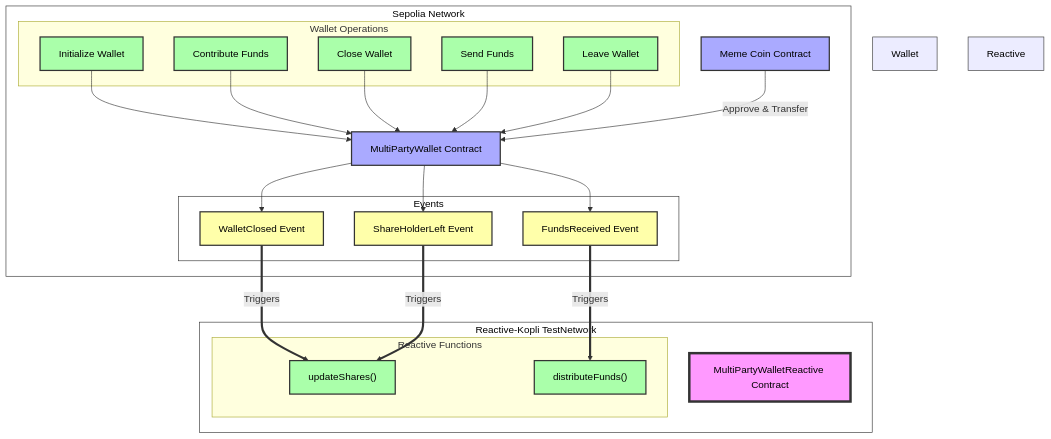
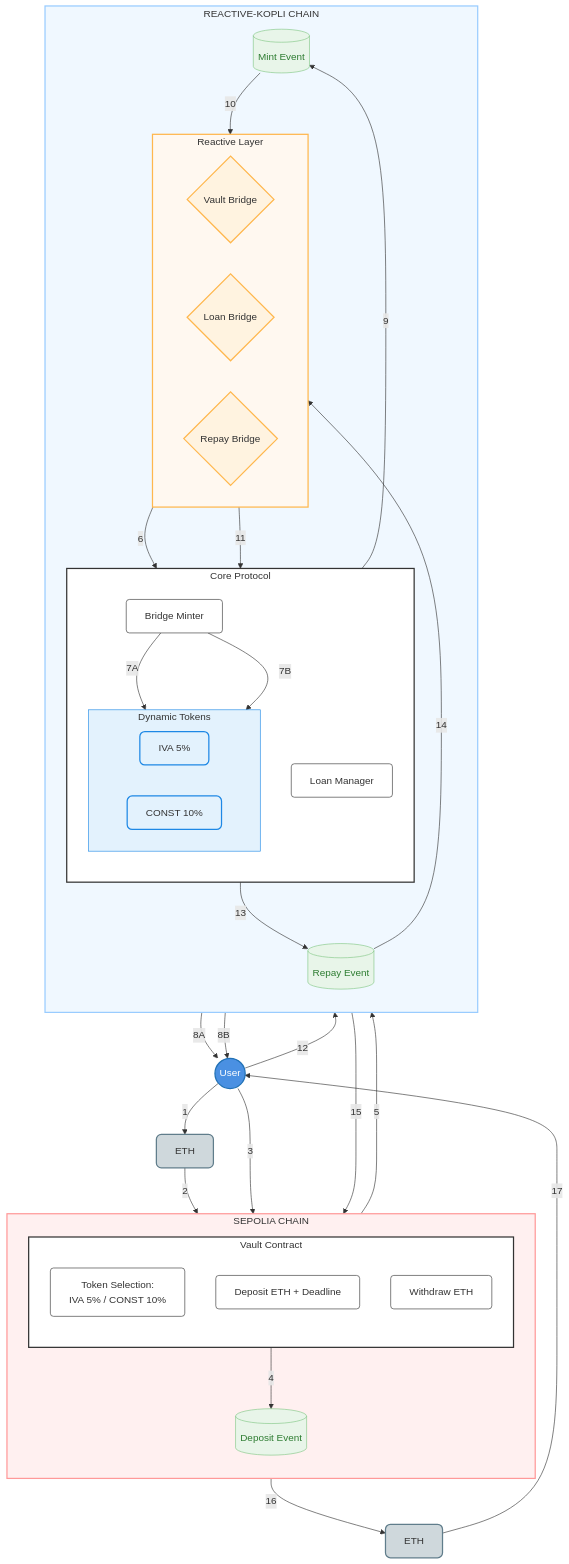
One commit to Prakhar-30/Reactive_CrossChain_Loan changed the diagram in README.md. Above: the diagram before and after it, drawn with Mermaid.

````diff
--- a/README.md
+++ b/README.md
@@ -13,64 +13,83 @@
 ```mermaid
 graph TD
-    subgraph Sepolia["Sepolia Network"]
-        MPW["MultiPartyWallet Contract"]
-        MC["Meme Coin Contract"]
-        
-        subgraph Wallet Operations
-            INIT["Initialize Wallet"]
-            CONTRIB["Contribute Funds"]
-            CLOSE["Close Wallet"]
-            SEND["Send Funds"]
-            LEAVE["Leave Wallet"]
+    %% Styling definitions
+    classDef userStyle fill:#4A90E2,stroke:#2171B5,stroke-width:2px,color:#fff,rx:20
+    classDef contractStyle fill:#fff,stroke:#333,stroke-width:1px,rx:5
+    classDef reactiveStyle fill:#FFF3E0,stroke:#FFB74D,stroke-width:2px,rx:10
+    classDef eventStyle fill:#E8F5E9,stroke:#81C784,stroke-width:1px,color:#2E7D32,rx:15
+    classDef tokenStyle fill:#E3F2FD,stroke:#1E88E5,stroke-width:2px,rx:8
+    classDef ethStyle fill:#CFD8DC,stroke:#607D8B,stroke-width:2px,rx:8
+
+    %% Main nodes
+    User((User)):::userStyle
+    ETH_Start[ETH]:::ethStyle
+    ETH_End[ETH]:::ethStyle
+
+    %% SEPOLIA Chain
+    subgraph SEPOLIA[" SEPOLIA CHAIN "]
+        direction TB
+        subgraph Vault[" Vault Contract "]
+            direction TB
+            TokenSelect[Token Selection:<br/>IVA 5% / CONST 10%]:::contractStyle
+            Deposit[Deposit ETH + Deadline]:::contractStyle
+            Withdraw[Withdraw ETH]:::contractStyle
         end
-        
-        subgraph Events
-            WC["WalletClosed Event"]
-            FR["FundsReceived Event"]
-            SL["ShareHolderLeft Event"]
+        DepositEvent[(Deposit Event)]:::eventStyle
+    end
+
+    %% KOPLI Chain
+    subgraph KOPLI[" REACTIVE-KOPLI CHAIN "]
+        direction TB
+        subgraph Reactive[" Reactive Layer "]
+            direction LR
+            VaultBridge{Vault Bridge}:::reactiveStyle
+            LoanBridge{Loan Bridge}:::reactiveStyle
+            RepayBridge{Repay Bridge}:::reactiveStyle
         end
-        
-        INIT --> MPW
-        CONTRIB --> MPW
-        CLOSE --> MPW
-        SEND --> MPW
-        LEAVE --> MPW
-        
-        MPW --> WC
-        MPW --> FR
-        MPW --> SL
-        
-        MC -->|Approve & Transfer| MPW
+
+        subgraph Core[" Core Protocol "]
+            direction TB
+            BridgeMinter[Bridge Minter]:::contractStyle
+            
+            subgraph Tokens[" Dynamic Tokens "]
+                direction LR
+                IVA[IVA 5%]:::tokenStyle
+                CONST[CONST 10%]:::tokenStyle
+            end
+            
+            LoanManager[Loan Manager]:::contractStyle
+        end
+
+        MintEvent[(Mint Event)]:::eventStyle
+        RepayEvent[(Repay Event)]:::eventStyle
     end
-    
-    subgraph Reactive-Kopli["Reactive-Kopli TestNetwork"]
-        MPWR["MultiPartyWalletReactive Contract"]
-        
-        subgraph Reactive Functions
-            US["updateShares()"]
-            DF["distributeFunds()"]
-        end
-        
-        WC ==>|Triggers| US
-        FR ==>|Triggers| DF
-        SL ==>|Triggers| US
-        
-        style MPWR fill:#f9f,stroke:#333,stroke-width:4px
-    end
-    
-    %% Styling
-    classDef contract fill:#aaf,stroke:#333,stroke-width:2px,color:#000
-    classDef event fill:#ffa,stroke:#333,stroke-width:2px,color:#000
-    classDef operation fill:#afa,stroke:#333,stroke-width:2px,color:#000
-    
-    class MPW,MC,MPWR contract
-    class WC,FR,SL event
-    class INIT,CONTRIB,CLOSE,SEND,LEAVE,US,DF operation
 
-    %% Style all text to be darker
-    style Sepolia fill:#fff,stroke:#333,color:#000
-    style Reactive-Kopli fill:#fff,stroke:#333,color:#000
-    style Wallet Operations fill:#fff,stroke:#333,color:#000
-    style Events fill:#fff,stroke:#333,color:#000
-    style Reactive Functions fill:#fff,stroke:#333,color:#000
+    %% Connections
+    User -->|1| ETH_Start
+    ETH_Start -->|2| Deposit
+    User -->|3| TokenSelect
+    Deposit -->|4| DepositEvent
+    DepositEvent -->|5| VaultBridge
+    VaultBridge -->|6| BridgeMinter
+    BridgeMinter -->|7A| IVA
+    BridgeMinter -->|7B| CONST
+    IVA -->|8A| User
+    CONST -->|8B| User
+    BridgeMinter -->|9| MintEvent
+    MintEvent -->|10| LoanBridge
+    LoanBridge -->|11| LoanManager
+    User -->|12| LoanManager
+    LoanManager -->|13| RepayEvent
+    RepayEvent -->|14| RepayBridge
+    RepayBridge -->|15| Withdraw
+    Withdraw -->|16| ETH_End
+    ETH_End -->|17| User
+
+    %% Subgraph styling
+    style SEPOLIA fill:#FFF0F0,stroke:#FF9999,stroke-width:2px
+    style KOPLI fill:#F0F8FF,stroke:#99CCFF,stroke-width:2px
+    style Reactive fill:#FFF8F0,stroke:#FFB74D,stroke-width:2px
+    style Core fill:#FFFFFF,stroke:#333,stroke-width:2px
+    style Vault fill:#FFFFFF,stroke:#333,stroke-width:2px
+    style Tokens fill:#E3F2FD,stroke:#1E88E5,stroke-width:1px
 ```
````
